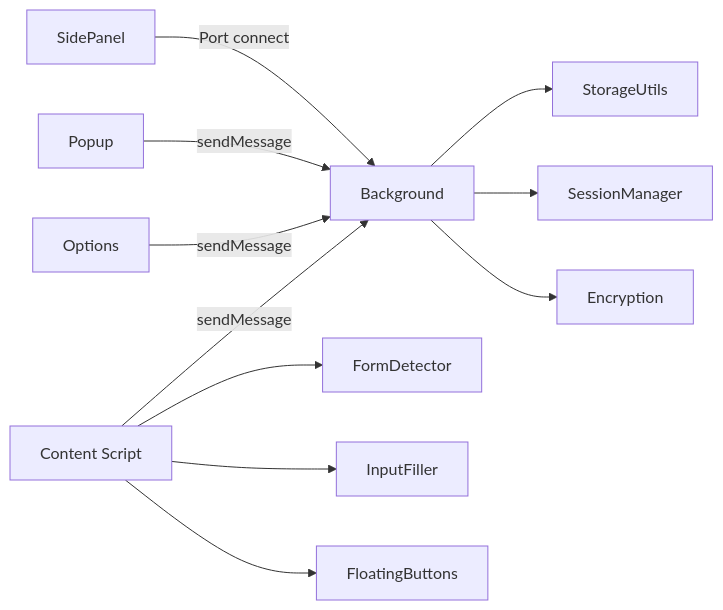
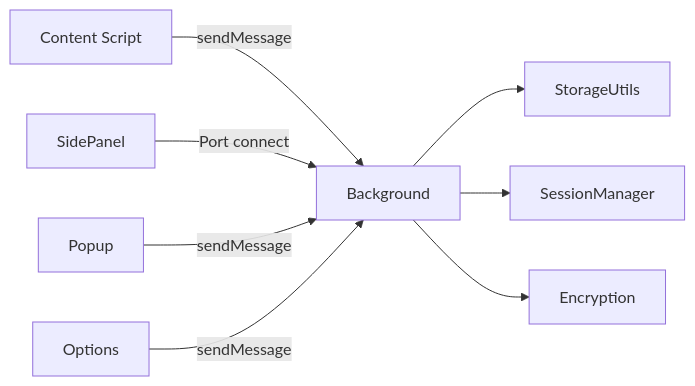
The diagram in README.en.md (liaolongdong/account-password-helper), drawn with Mermaid before and after one commit. The commit also changed other lines of this file and 47 other files, not shown here.

````diff
--- a/README.en.md
+++ b/README.en.md
@@ -408,13 +163,10 @@
 ```mermaid
 graph LR
     CS[Content Script] -->|sendMessage| BG[Background]
     SP[SidePanel] -->|Port connect| BG
     Popup -->|sendMessage| BG
     Options -->|sendMessage| BG
     BG --> Storage[StorageUtils]
     BG --> Session[SessionManager]
     BG --> Encryption[Encryption]
-    CS --> FD[FormDetector]
-    CS --> IF[InputFiller]
-    CS --> FB[FloatingButtons]
 ```
````
